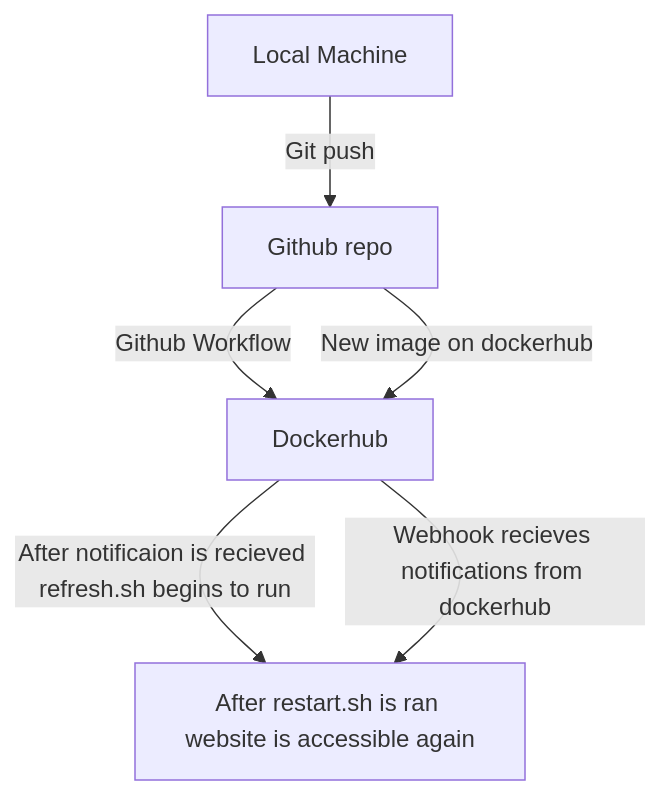
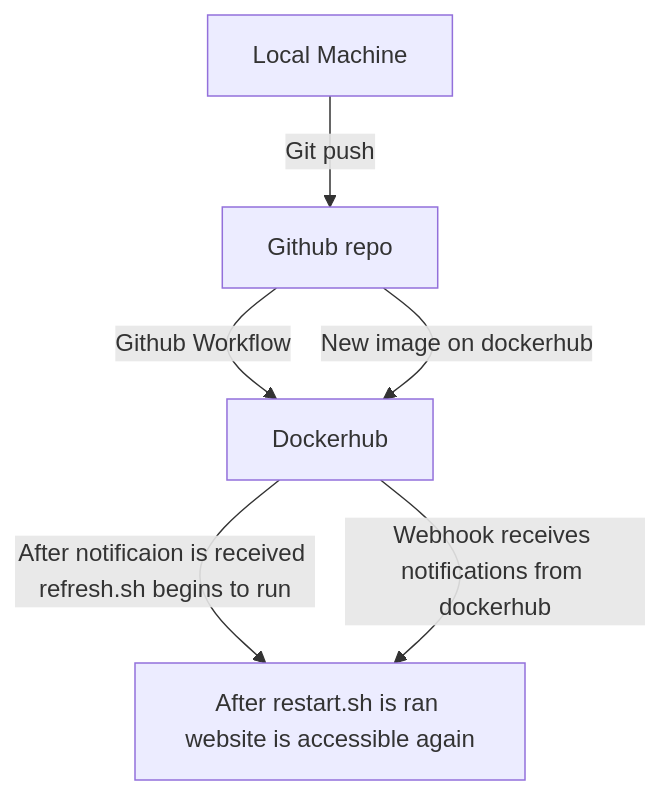
Before and after one commit to WSU-kduncan/cicd-3120-ColinGrime: the diagram in README.md, drawn with Mermaid.

````diff
--- a/README.md
+++ b/README.md
@@ -118,8 +118,8 @@
 ```mermaid
   graph TD;
       A[Local Machine] -- Git push --> B[Github repo];
       B -- Github Workflow --> C[Dockerhub];
       B -- New image on dockerhub --> C[Dockerhub];
-      C -- After notificaion is recieved refresh.sh begins to run --> D[After restart.sh is ran website is accessible again];
-      C -- Webhook recieves notifications from dockerhub --> D[After restart.sh is ran website is accessible again];
+      C -- After notificaion is received refresh.sh begins to run --> D[After restart.sh is ran website is accessible again];
+      C -- Webhook receives notifications from dockerhub --> D[After restart.sh is ran website is accessible again];
 ```
````
